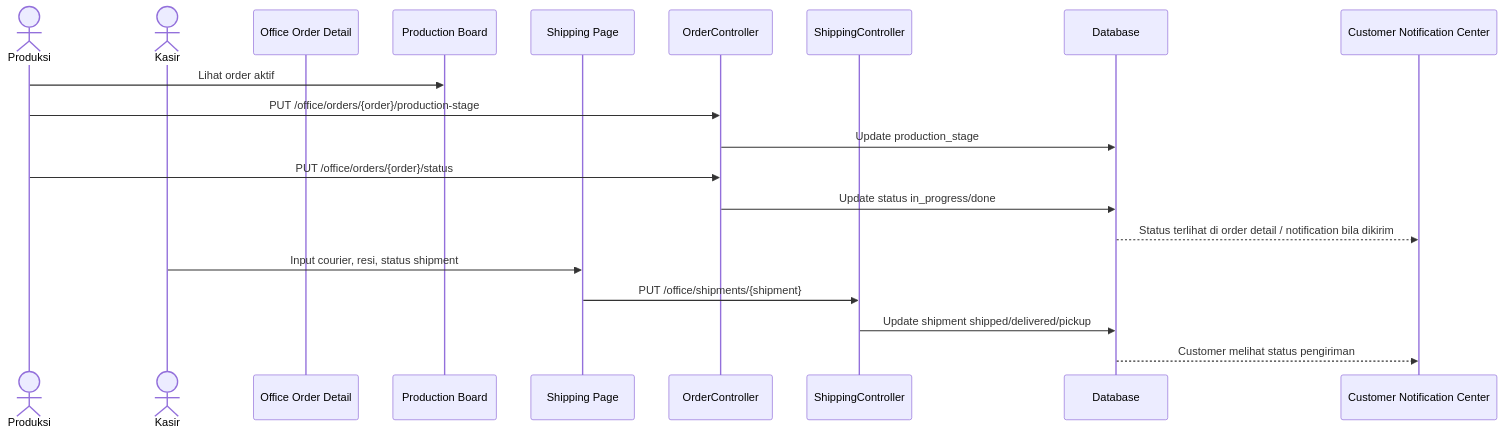
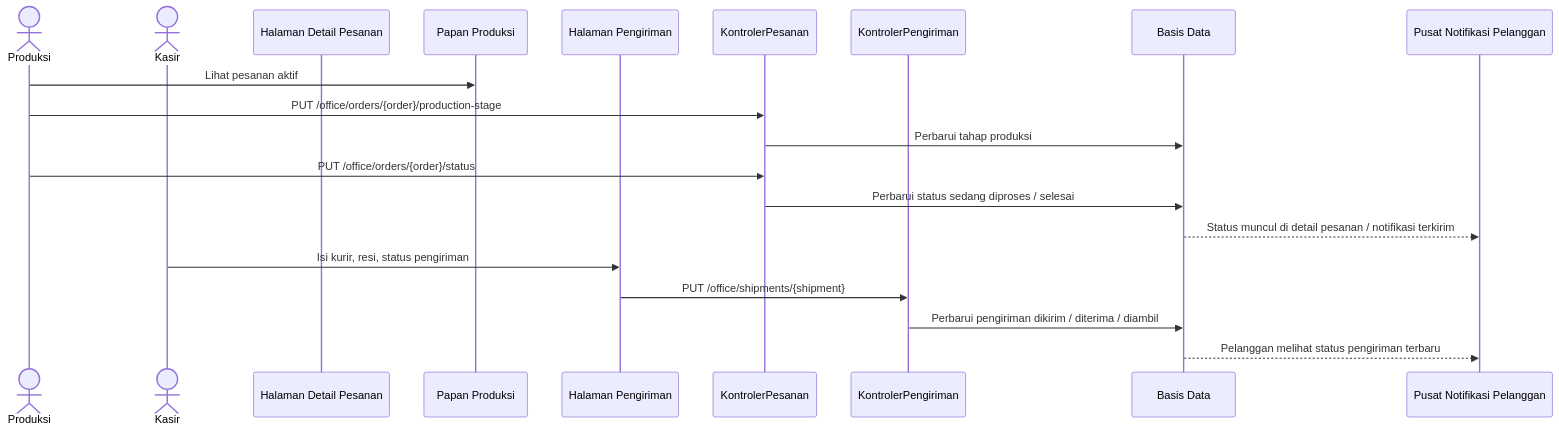
Before and after one commit to nabiilnuryassar/djaitin: the tenth of 13 diagrams in docs/MVP-APP-UML-AND-USE-CASES.md, drawn with Mermaid. The commit also changed other lines of this file, not shown here.

Commit message:
update: UML

````diff
--- a/docs/MVP-APP-UML-AND-USE-CASES.md
+++ b/docs/MVP-APP-UML-AND-USE-CASES.md
@@ -636,23 +759,23 @@
 ```mermaid
 sequenceDiagram
     actor Produksi
     actor Kasir
-    participant OrderPage as Office Order Detail
-    participant ProductionPage as Production Board
-    participant ShippingPage as Shipping Page
-    participant OrderController
-    participant ShippingController
-    participant DB as Database
-    participant Customer as Customer Notification Center
+    participant DetailPesanan as Halaman Detail Pesanan
+    participant PapanProduksi as Papan Produksi
+    participant HalamanKirim as Halaman Pengiriman
+    participant KontrolerPesanan
+    participant KontrolerPengiriman
+    participant DB as Basis Data
+    participant Pelanggan as Pusat Notifikasi Pelanggan
 
-    Produksi->>ProductionPage: Lihat order aktif
-    Produksi->>OrderController: PUT /office/orders/{order}/production-stage
-    OrderController->>DB: Update production_stage
-    Produksi->>OrderController: PUT /office/orders/{order}/status
-    OrderController->>DB: Update status in_progress/done
-    DB-->>Customer: Status terlihat di order detail / notification bila dikirim
-    Kasir->>ShippingPage: Input courier, resi, status shipment
-    ShippingPage->>ShippingController: PUT /office/shipments/{shipment}
-    ShippingController->>DB: Update shipment shipped/delivered/pickup
-    DB-->>Customer: Customer melihat status pengiriman
+    Produksi->>PapanProduksi: Lihat pesanan aktif
+    Produksi->>KontrolerPesanan: PUT /office/orders/{order}/production-stage
+    KontrolerPesanan->>DB: Perbarui tahap produksi
+    Produksi->>KontrolerPesanan: PUT /office/orders/{order}/status
+    KontrolerPesanan->>DB: Perbarui status sedang diproses / selesai
+    DB-->>Pelanggan: Status muncul di detail pesanan / notifikasi terkirim
+    Kasir->>HalamanKirim: Isi kurir, resi, status pengiriman
+    HalamanKirim->>KontrolerPengiriman: PUT /office/shipments/{shipment}
+    KontrolerPengiriman->>DB: Perbarui pengiriman dikirim / diterima / diambil
+    DB-->>Pelanggan: Pelanggan melihat status pengiriman terbaru
 ```
````
